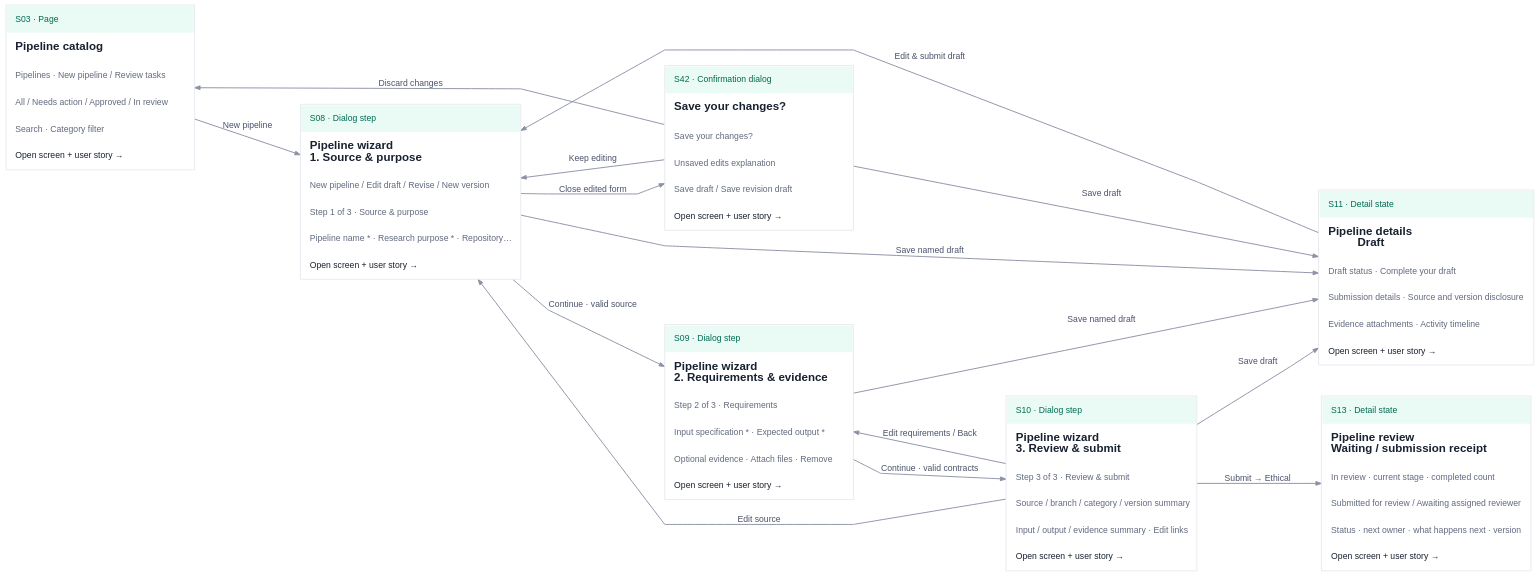
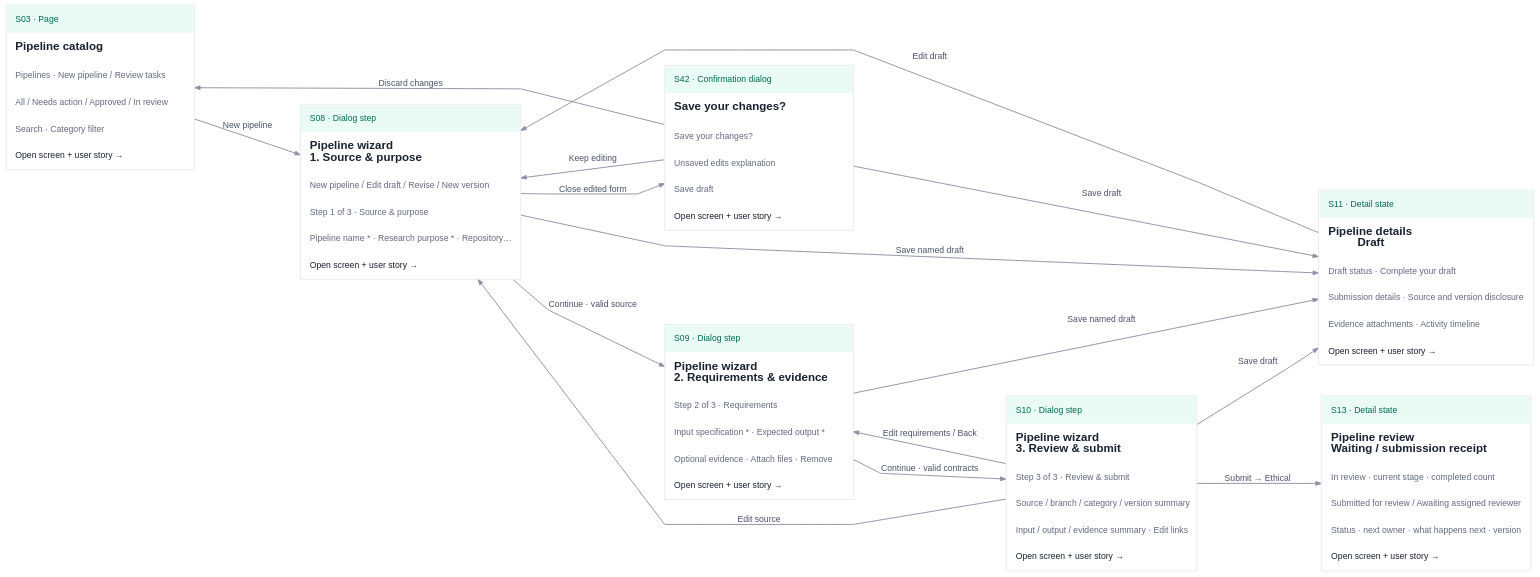
One commit to T-dotnet/Zero_trust changed the diagram in public/mvp-flow-docs/flows/F03.dot. Above: the diagram before and after it, drawn with Graphviz. The commit also changed 52 other files, not shown here.

```diff
--- a/public/mvp-flow-docs/flows/F03.dot
+++ b/public/mvp-flow-docs/flows/F03.dot
@@ -1,26 +1,26 @@
 digraph flow {
 graph [rankdir=LR, bgcolor="transparent", pad="0.25", nodesep="0.6", ranksep="1.05", splines=polyline, outputorder=edgesfirst];
 node [shape=plain, fontname="Arial"];
 edge [color="#8c91a4", fontcolor="#495268", fontname="Arial", fontsize=12, arrowsize=0.75, penwidth=1.3];
 S03 [id="node-S03", href="#screen=S03&journey=F03", tooltip="Pipeline catalog", label=<<TABLE BORDER="1" COLOR="#e0e4ec" CELLBORDER="0" CELLSPACING="0" CELLPADDING="12" BGCOLOR="white"><TR><TD ALIGN="LEFT" WIDTH="260" BGCOLOR="#eafbf5"><FONT POINT-SIZE="12" COLOR="#006b50">S03 · Page</FONT></TD></TR><TR><TD ALIGN="LEFT"><FONT POINT-SIZE="16" COLOR="#18212f"><B>Pipeline catalog</B></FONT></TD></TR><TR><TD ALIGN="LEFT"><FONT POINT-SIZE="12" COLOR="#626a7e">Pipelines · New pipeline / Review tasks</FONT></TD></TR><TR><TD ALIGN="LEFT"><FONT POINT-SIZE="12" COLOR="#626a7e">All / Needs action / Approved / In review</FONT></TD></TR><TR><TD ALIGN="LEFT"><FONT POINT-SIZE="12" COLOR="#626a7e">Search · Category filter</FONT></TD></TR><TR><TD ALIGN="LEFT"><FONT POINT-SIZE="12" COLOR="#18212f">Open screen + user story →</FONT></TD></TR></TABLE>>];
 S08 [id="node-S08", href="#screen=S08&journey=F03", tooltip="Pipeline wizard · 1. Source & purpose", label=<<TABLE BORDER="1" COLOR="#e0e4ec" CELLBORDER="0" CELLSPACING="0" CELLPADDING="12" BGCOLOR="white"><TR><TD ALIGN="LEFT" WIDTH="260" BGCOLOR="#eafbf5"><FONT POINT-SIZE="12" COLOR="#006b50">S08 · Dialog step</FONT></TD></TR><TR><TD ALIGN="LEFT"><FONT POINT-SIZE="16" COLOR="#18212f"><B>Pipeline wizard<BR ALIGN="LEFT"/>1. Source &amp; purpose</B></FONT></TD></TR><TR><TD ALIGN="LEFT"><FONT POINT-SIZE="12" COLOR="#626a7e">New pipeline / Edit draft / Revise / New version</FONT></TD></TR><TR><TD ALIGN="LEFT"><FONT POINT-SIZE="12" COLOR="#626a7e">Step 1 of 3 · Source &amp; purpose</FONT></TD></TR><TR><TD ALIGN="LEFT"><FONT POINT-SIZE="12" COLOR="#626a7e">Pipeline name * · Research purpose * · Repository…</FONT></TD></TR><TR><TD ALIGN="LEFT"><FONT POINT-SIZE="12" COLOR="#18212f">Open screen + user story →</FONT></TD></TR></TABLE>>];
 S09 [id="node-S09", href="#screen=S09&journey=F03", tooltip="Pipeline wizard · 2. Requirements & evidence", label=<<TABLE BORDER="1" COLOR="#e0e4ec" CELLBORDER="0" CELLSPACING="0" CELLPADDING="12" BGCOLOR="white"><TR><TD ALIGN="LEFT" WIDTH="260" BGCOLOR="#eafbf5"><FONT POINT-SIZE="12" COLOR="#006b50">S09 · Dialog step</FONT></TD></TR><TR><TD ALIGN="LEFT"><FONT POINT-SIZE="16" COLOR="#18212f"><B>Pipeline wizard<BR ALIGN="LEFT"/>2. Requirements &amp; evidence</B></FONT></TD></TR><TR><TD ALIGN="LEFT"><FONT POINT-SIZE="12" COLOR="#626a7e">Step 2 of 3 · Requirements</FONT></TD></TR><TR><TD ALIGN="LEFT"><FONT POINT-SIZE="12" COLOR="#626a7e">Input specification * · Expected output *</FONT></TD></TR><TR><TD ALIGN="LEFT"><FONT POINT-SIZE="12" COLOR="#626a7e">Optional evidence · Attach files · Remove</FONT></TD></TR><TR><TD ALIGN="LEFT"><FONT POINT-SIZE="12" COLOR="#18212f">Open screen + user story →</FONT></TD></TR></TABLE>>];
 S10 [id="node-S10", href="#screen=S10&journey=F03", tooltip="Pipeline wizard · 3. Review & submit", label=<<TABLE BORDER="1" COLOR="#e0e4ec" CELLBORDER="0" CELLSPACING="0" CELLPADDING="12" BGCOLOR="white"><TR><TD ALIGN="LEFT" WIDTH="260" BGCOLOR="#eafbf5"><FONT POINT-SIZE="12" COLOR="#006b50">S10 · Dialog step</FONT></TD></TR><TR><TD ALIGN="LEFT"><FONT POINT-SIZE="16" COLOR="#18212f"><B>Pipeline wizard<BR ALIGN="LEFT"/>3. Review &amp; submit</B></FONT></TD></TR><TR><TD ALIGN="LEFT"><FONT POINT-SIZE="12" COLOR="#626a7e">Step 3 of 3 · Review &amp; submit</FONT></TD></TR><TR><TD ALIGN="LEFT"><FONT POINT-SIZE="12" COLOR="#626a7e">Source / branch / category / version summary</FONT></TD></TR><TR><TD ALIGN="LEFT"><FONT POINT-SIZE="12" COLOR="#626a7e">Input / output / evidence summary · Edit links</FONT></TD></TR><TR><TD ALIGN="LEFT"><FONT POINT-SIZE="12" COLOR="#18212f">Open screen + user story →</FONT></TD></TR></TABLE>>];
 S11 [id="node-S11", href="#screen=S11&journey=F03", tooltip="Pipeline details · Draft", label=<<TABLE BORDER="1" COLOR="#e0e4ec" CELLBORDER="0" CELLSPACING="0" CELLPADDING="12" BGCOLOR="white"><TR><TD ALIGN="LEFT" WIDTH="260" BGCOLOR="#eafbf5"><FONT POINT-SIZE="12" COLOR="#006b50">S11 · Detail state</FONT></TD></TR><TR><TD ALIGN="LEFT"><FONT POINT-SIZE="16" COLOR="#18212f"><B>Pipeline details<BR ALIGN="LEFT"/>Draft</B></FONT></TD></TR><TR><TD ALIGN="LEFT"><FONT POINT-SIZE="12" COLOR="#626a7e">Draft status · Complete your draft</FONT></TD></TR><TR><TD ALIGN="LEFT"><FONT POINT-SIZE="12" COLOR="#626a7e">Submission details · Source and version disclosure</FONT></TD></TR><TR><TD ALIGN="LEFT"><FONT POINT-SIZE="12" COLOR="#626a7e">Evidence attachments · Activity timeline</FONT></TD></TR><TR><TD ALIGN="LEFT"><FONT POINT-SIZE="12" COLOR="#18212f">Open screen + user story →</FONT></TD></TR></TABLE>>];
 S13 [id="node-S13", href="#screen=S13&journey=F03", tooltip="Pipeline review · Waiting / submission receipt", label=<<TABLE BORDER="1" COLOR="#e0e4ec" CELLBORDER="0" CELLSPACING="0" CELLPADDING="12" BGCOLOR="white"><TR><TD ALIGN="LEFT" WIDTH="260" BGCOLOR="#eafbf5"><FONT POINT-SIZE="12" COLOR="#006b50">S13 · Detail state</FONT></TD></TR><TR><TD ALIGN="LEFT"><FONT POINT-SIZE="16" COLOR="#18212f"><B>Pipeline review<BR ALIGN="LEFT"/>Waiting / submission receipt</B></FONT></TD></TR><TR><TD ALIGN="LEFT"><FONT POINT-SIZE="12" COLOR="#626a7e">In review · current stage · completed count</FONT></TD></TR><TR><TD ALIGN="LEFT"><FONT POINT-SIZE="12" COLOR="#626a7e">Submitted for review / Awaiting assigned reviewer</FONT></TD></TR><TR><TD ALIGN="LEFT"><FONT POINT-SIZE="12" COLOR="#626a7e">Status · next owner · what happens next · version</FONT></TD></TR><TR><TD ALIGN="LEFT"><FONT POINT-SIZE="12" COLOR="#18212f">Open screen + user story →</FONT></TD></TR></TABLE>>];
-S42 [id="node-S42", href="#screen=S42&journey=F03", tooltip="Save your changes?", label=<<TABLE BORDER="1" COLOR="#e0e4ec" CELLBORDER="0" CELLSPACING="0" CELLPADDING="12" BGCOLOR="white"><TR><TD ALIGN="LEFT" WIDTH="260" BGCOLOR="#eafbf5"><FONT POINT-SIZE="12" COLOR="#006b50">S42 · Confirmation dialog</FONT></TD></TR><TR><TD ALIGN="LEFT"><FONT POINT-SIZE="16" COLOR="#18212f"><B>Save your changes?</B></FONT></TD></TR><TR><TD ALIGN="LEFT"><FONT POINT-SIZE="12" COLOR="#626a7e">Save your changes?</FONT></TD></TR><TR><TD ALIGN="LEFT"><FONT POINT-SIZE="12" COLOR="#626a7e">Unsaved edits explanation</FONT></TD></TR><TR><TD ALIGN="LEFT"><FONT POINT-SIZE="12" COLOR="#626a7e">Save draft / Save revision draft</FONT></TD></TR><TR><TD ALIGN="LEFT"><FONT POINT-SIZE="12" COLOR="#18212f">Open screen + user story →</FONT></TD></TR></TABLE>>];
+S42 [id="node-S42", href="#screen=S42&journey=F03", tooltip="Save your changes?", label=<<TABLE BORDER="1" COLOR="#e0e4ec" CELLBORDER="0" CELLSPACING="0" CELLPADDING="12" BGCOLOR="white"><TR><TD ALIGN="LEFT" WIDTH="260" BGCOLOR="#eafbf5"><FONT POINT-SIZE="12" COLOR="#006b50">S42 · Confirmation dialog</FONT></TD></TR><TR><TD ALIGN="LEFT"><FONT POINT-SIZE="16" COLOR="#18212f"><B>Save your changes?</B></FONT></TD></TR><TR><TD ALIGN="LEFT"><FONT POINT-SIZE="12" COLOR="#626a7e">Save your changes?</FONT></TD></TR><TR><TD ALIGN="LEFT"><FONT POINT-SIZE="12" COLOR="#626a7e">Unsaved edits explanation</FONT></TD></TR><TR><TD ALIGN="LEFT"><FONT POINT-SIZE="12" COLOR="#626a7e">Save draft</FONT></TD></TR><TR><TD ALIGN="LEFT"><FONT POINT-SIZE="12" COLOR="#18212f">Open screen + user story →</FONT></TD></TR></TABLE>>];
 S03 -> S08 [label="New pipeline", tooltip="New pipeline"];
 S08 -> S09 [label="Continue · valid source", tooltip="Continue · valid source"];
 S09 -> S10 [label="Continue · valid contracts", tooltip="Continue · valid contracts"];
 S10 -> S08 [label="Edit source", tooltip="Edit source"];
 S10 -> S09 [label="Edit requirements / Back", tooltip="Edit requirements / Back"];
 S08 -> S11 [label="Save named draft", tooltip="Save named draft"];
 S09 -> S11 [label="Save named draft", tooltip="Save named draft"];
 S10 -> S11 [label="Save draft", tooltip="Save draft"];
-S11 -> S08 [label="Edit & submit draft", tooltip="Edit & submit draft"];
+S11 -> S08 [label="Edit draft", tooltip="Edit draft"];
 S10 -> S13 [label="Submit → Ethical", tooltip="Submit → Ethical"];
 S08 -> S42 [label="Close edited form", tooltip="Close edited form"];
 S42 -> S08 [label="Keep editing", tooltip="Keep editing"];
 S42 -> S11 [label="Save draft", tooltip="Save draft"];
 S42 -> S03 [label="Discard changes", tooltip="Discard changes"];
 }
```
